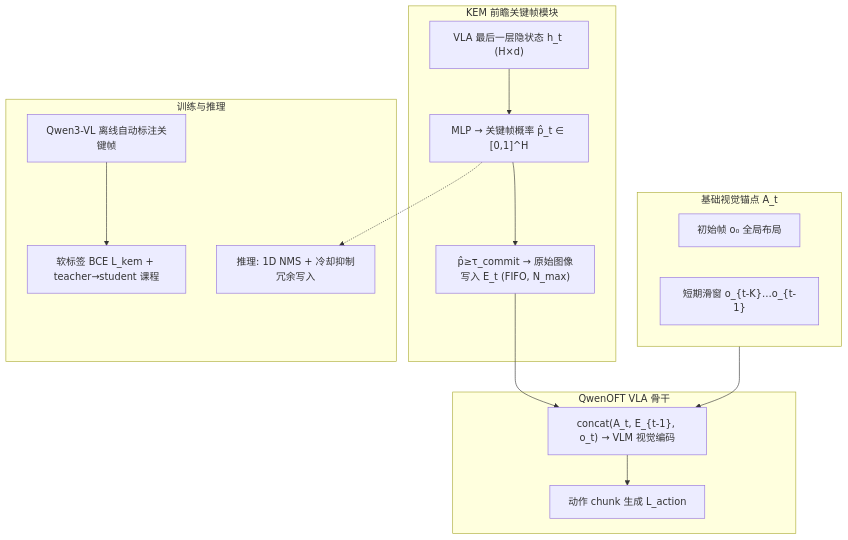
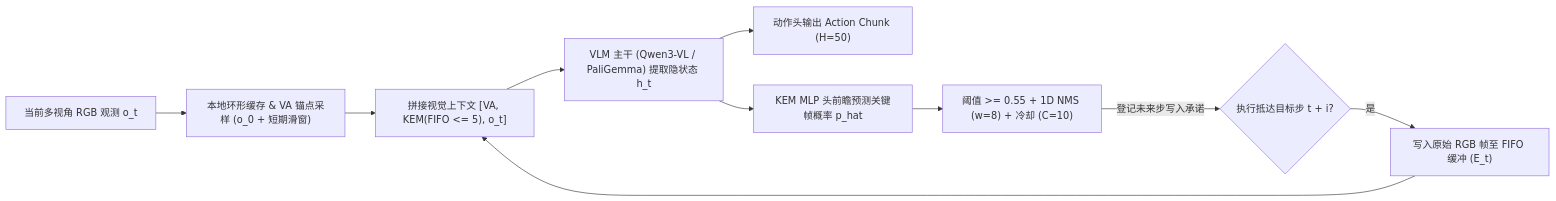
The first of 2 diagrams in wiki/entities/paper-eventvla-visual-evidence-memory.md (ImChong/Robotics_Notebooks), drawn with Mermaid before and after one commit. The commit also changed other lines of this file and 151 other files, not shown here.

````diff
--- a/wiki/entities/paper-eventvla-visual-evidence-memory.md
+++ b/wiki/entities/paper-eventvla-visual-evidence-memory.md
@@ -54,27 +93,12 @@
 ```mermaid
-flowchart TB
-  subgraph anchors [基础视觉锚点 A_t]
-    o0["初始帧 o₀ 全局布局"]
-    win["短期滑窗 o_{t-K}…o_{t-1}"]
-  end
-  subgraph kem [KEM 前瞻关键帧模块]
-    h["VLA 最后一层隐状态 h_t (H×d)"]
-    pred["MLP → 关键帧概率 p̂_t ∈ [0,1]^H"]
-    write["p̂≥τ_commit → 原始图像写入 E_t (FIFO, N_max)"]
-    h --> pred --> write
-  end
-  subgraph policy [QwenOFT VLA 骨干]
-    concat["concat(A_t, E_{t-1}, o_t) → VLM 视觉编码"]
-    act["动作 chunk 生成 L_action"]
-    concat --> act
-  end
-  subgraph train [训练与推理]
-    qwen["Qwen3-VL 离线自动标注关键帧"]
-    soft["软标签 BCE L_kem + teacher→student 课程"]
-    nms["推理: 1D NMS + 冷却抑制冗余写入"]
-    qwen --> soft
-    pred -.-> nms
-  end
-  anchors --> concat
-  write --> concat
+flowchart LR
+    OBS["当前多视角 RGB 观测 o_t"] --> RING["本地环形缓存 & VA 锚点采样 (o_0 + 短期滑窗)"]
+    RING --> CAT["拼接视觉上下文 [VA, KEM(FIFO <= 5), o_t]"]
+    CAT --> VLM["VLM 主干 (Qwen3-VL / PaliGemma) 提取隐状态 h_t"]
+    VLM --> ACT["动作头输出 Action Chunk (H=50)"]
+    VLM --> KEM["KEM MLP 头前瞻预测关键帧概率 p_hat"]
+    KEM --> FILT["阈值 >= 0.55 + 1D NMS (w=8) + 冷却 (C=10)"]
+    FILT -- "登记未来步写入承诺" --> COMMIT{"执行抵达目标步 t + i?"}
+    COMMIT -- "是" --> FIFO["写入原始 RGB 帧至 FIFO 缓冲 (E_t)"]
+    FIFO --> CAT
 ```
````
